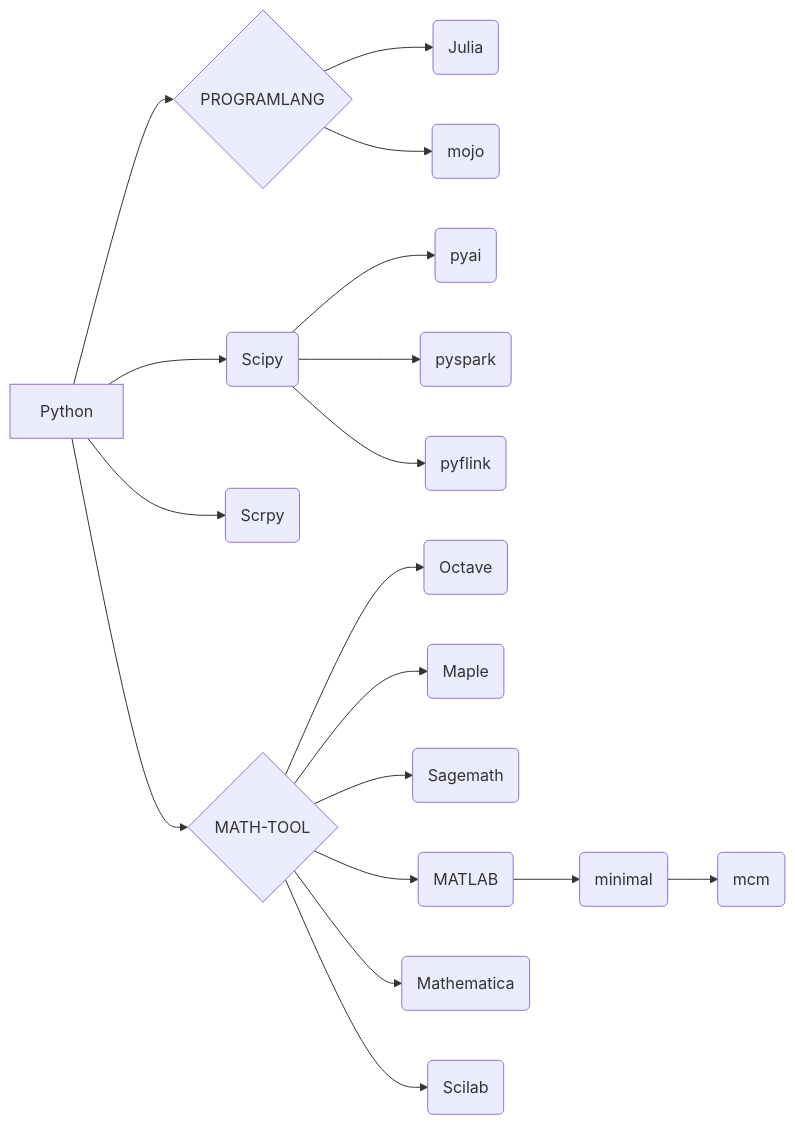
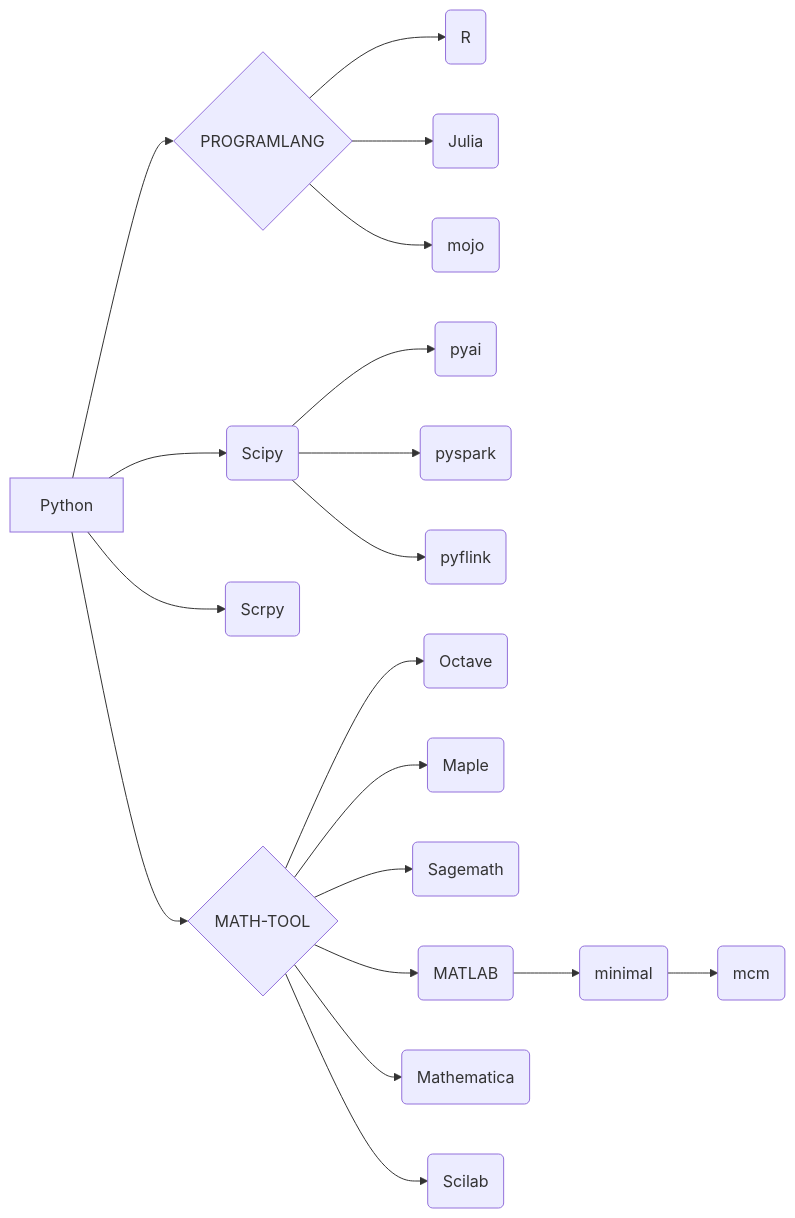
Before and after one commit to ben0i0d/jupyter: the diagram in README.md, drawn with Mermaid. The commit also changed other lines of this file and 3 other files, not shown here.

````diff
--- a/README.md
+++ b/README.md
@@ -71,17 +72,18 @@
 ```mermaid
 graph LR
 Python-->PROGRAM{PROGRAMLANG}
+PROGRAM-->PB(R)
 PROGRAM-->PC(Julia)
 PROGRAM-->PR(mojo)
 Python-->PRA(Scipy)
 Python-->PRB(Scrpy)
 PRA-->PRAA(pyai)
 PRA-->PRAB(pyspark)
 PRA-->PRAC(pyflink)
 Python-->MATH{MATH-TOOL}-->MA(Octave)
 MATH-->MB(Maple)
 MATH-->MC(Sagemath)
 MATH-->MD(MATLAB)-->MDA(minimal)-->MDAA(mcm)
 MATH-->ME(Mathematica)
 MATH-->MF(Scilab)
 ```
````
